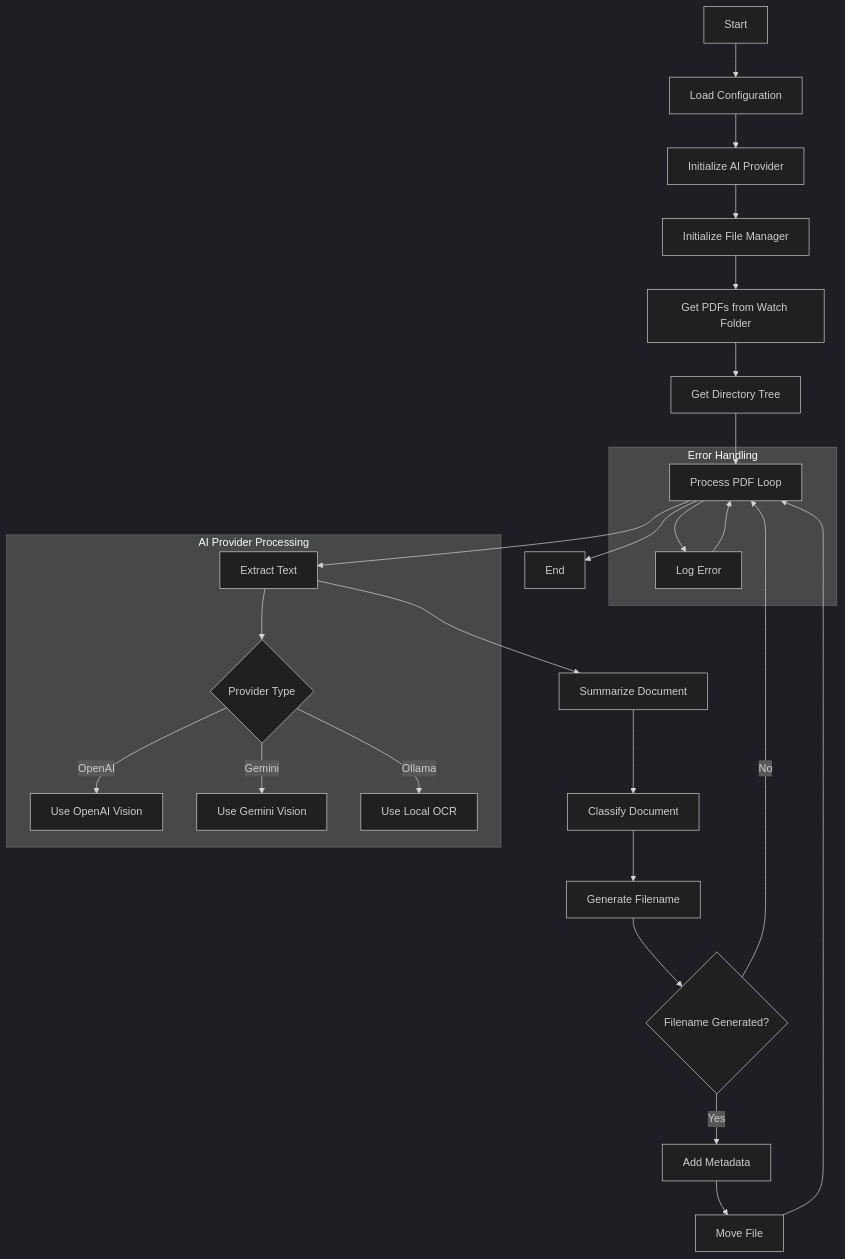
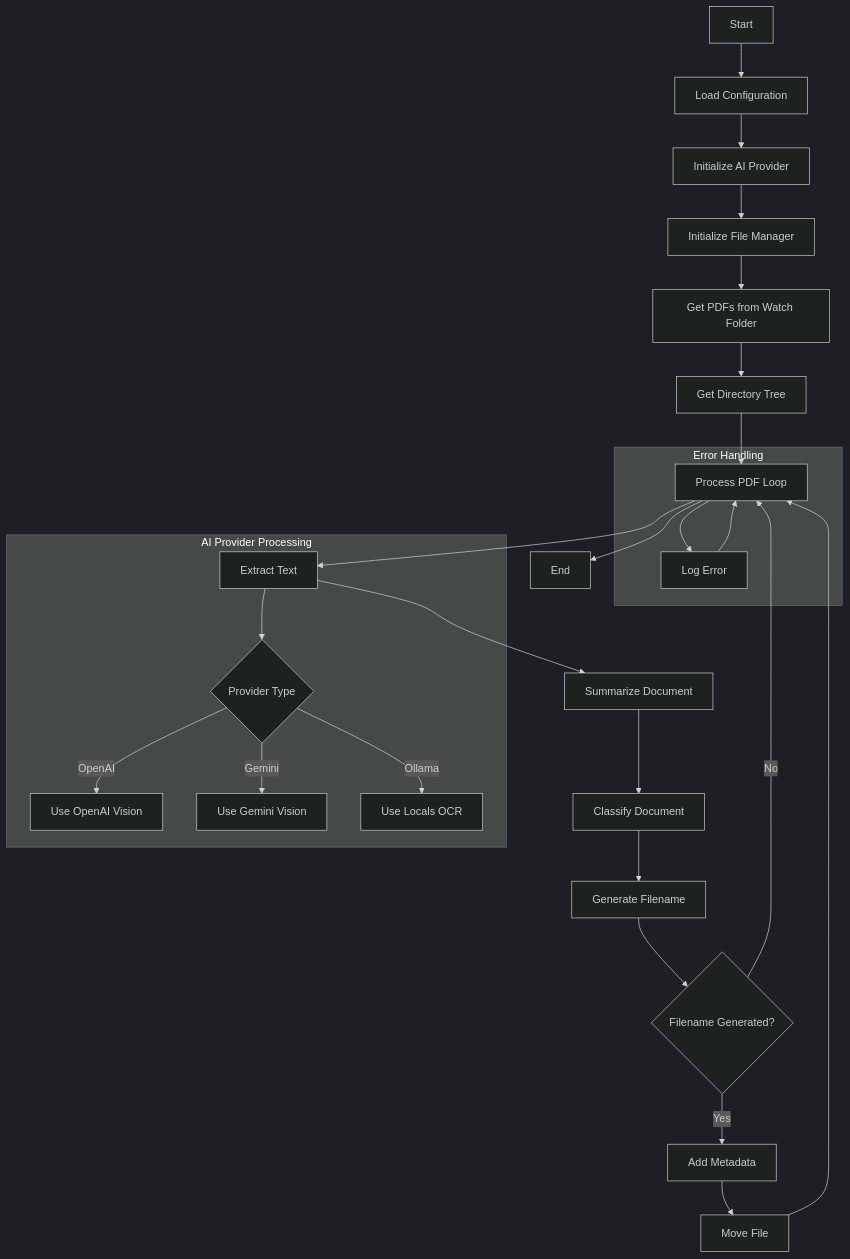
The diagram in docs/flow.md (qubeio/ai-filer), drawn with Mermaid (dark theme) before and after one commit. The commit also changed 18 other files, not shown here.

````diff
--- a/docs/flow.md
+++ b/docs/flow.md
@@ -3,35 +3,35 @@
 ```mermaid
 graph TD
     A[Start] --> B[Load Configuration]
     B --> C[Initialize AI Provider]
     C --> D[Initialize File Manager]
     D --> E[Get PDFs from Watch Folder]
     E --> F[Get Directory Tree]
     
     F --> G[Process PDF Loop]
     G --> H[Extract Text]
     H --> I[Summarize Document]
     I --> J[Classify Document]
     J --> K[Generate Filename]
     
     K --> L{Filename Generated?}
     L -->|Yes| M[Add Metadata]
     M --> N[Move File]
     N --> G
     
     L -->|No| G
     
     G --> O[End]
 
     subgraph AI Provider Processing
         H --> H1{Provider Type}
         H1 -->|OpenAI| H2[Use OpenAI Vision]
         H1 -->|Gemini| H3[Use Gemini Vision]
-        H1 -->|Ollama| H4[Use Local OCR]
+        H1 -->|Ollama| H4[Use Locals OCR]
     end
 
     subgraph Error Handling
         G --> E1[Log Error]
         E1 --> G
     end
 ```
````
